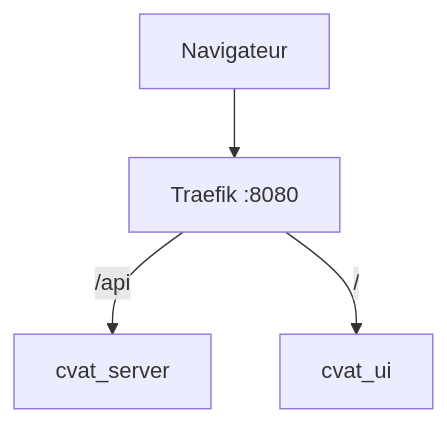
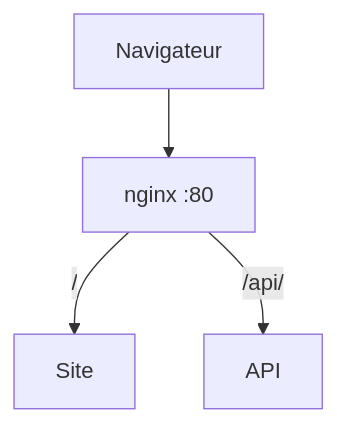
One commit to galsen-76/Informatique- changed the diagram in 03 — Concepts/Reverse proxy.md. Above: the diagram before and after it, drawn with Mermaid. The commit also changed other lines of this file and 5 other files, not shown here.

````diff
--- a/03 — Concepts/Reverse proxy.md
+++ b/03 — Concepts/Reverse proxy.md
@@ -43,6 +54,6 @@
 ```mermaid
 flowchart TD
-  U[Navigateur] --> T[Traefik :8080]
-  T -- /api --> S[cvat_server]
-  T -- / --> UI[cvat_ui]
+  U[Navigateur] --> R[nginx :80]
+  R -- / --> S[Site]
+  R -- /api/ --> A[API]
 ```
````
